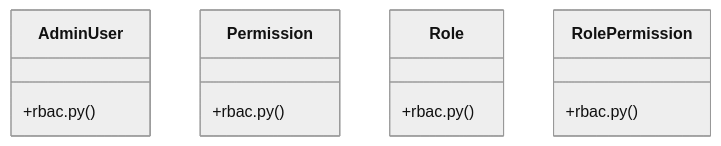
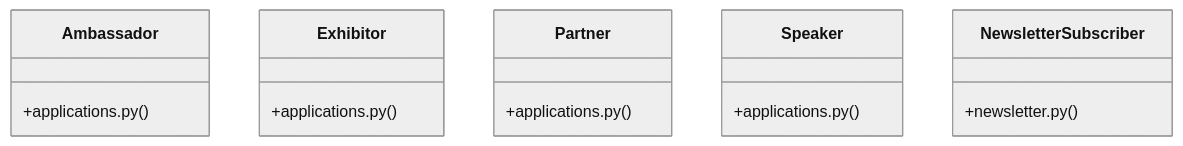
Before and after one commit to adjanayo/synca_conf_back: the diagram in graphify-out/wiki/[BaseModel_&_ValueError]_Cluster.md, drawn with Mermaid (neutral theme). The commit also changed other lines of this file and 81 other files, not shown here.

Commit message:
chore: rafraîchir le graphe de code (graphify)

````diff
--- a/graphify-out/wiki/[BaseModel_&_ValueError]_Cluster.md
+++ b/graphify-out/wiki/[BaseModel_&_ValueError]_Cluster.md
@@ -36,15 +36,18 @@
 ```mermaid
 classDiagram
-    class AdminUser {
-        +rbac.py()
+    class Ambassador {
+        +applications.py()
     }
-    class Permission {
-        +rbac.py()
+    class Exhibitor {
+        +applications.py()
     }
-    class Role {
-        +rbac.py()
+    class Partner {
+        +applications.py()
     }
-    class RolePermission {
-        +rbac.py()
+    class Speaker {
+        +applications.py()
+    }
+    class NewsletterSubscriber {
+        +newsletter.py()
     }
 ```
````
